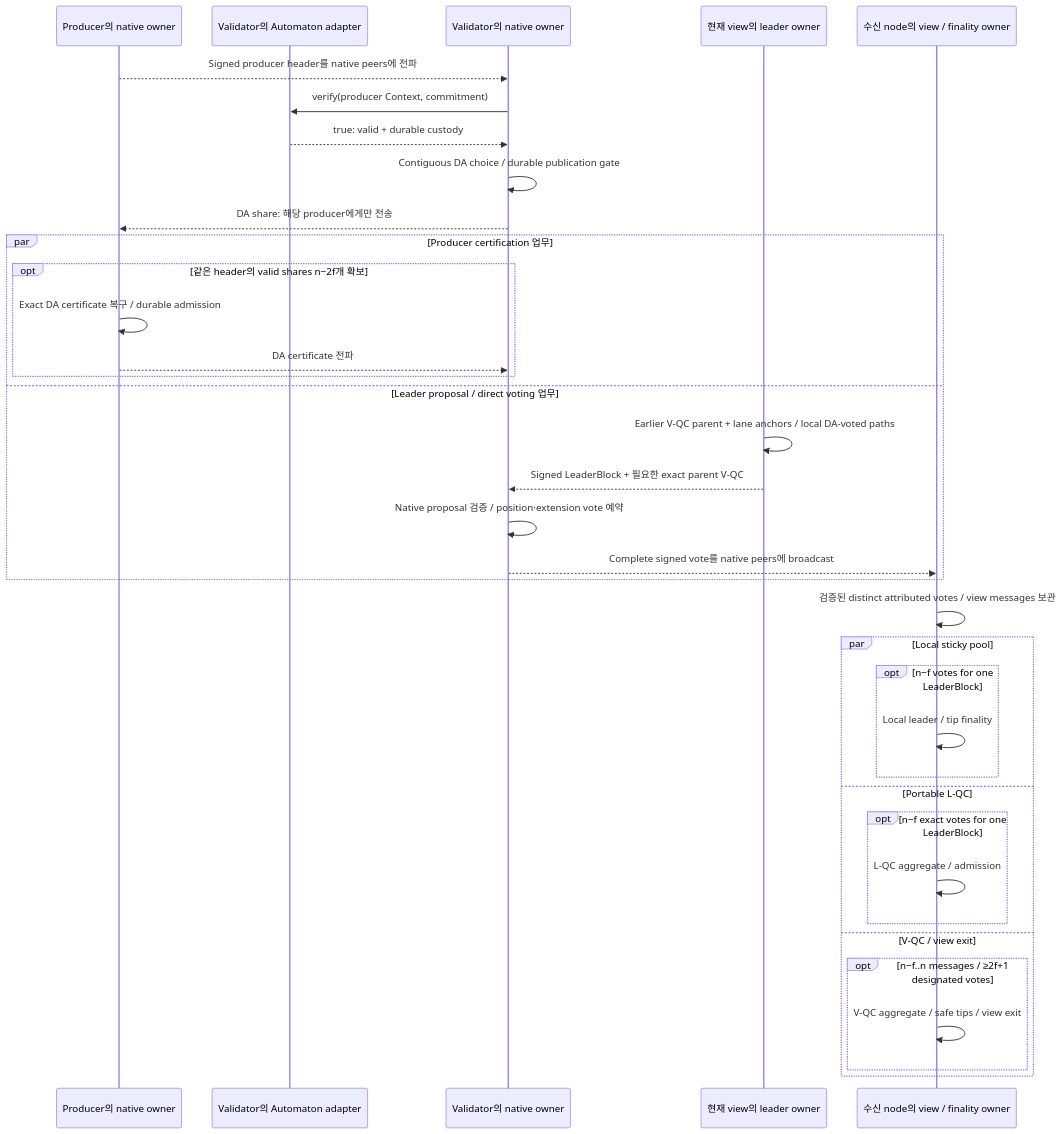
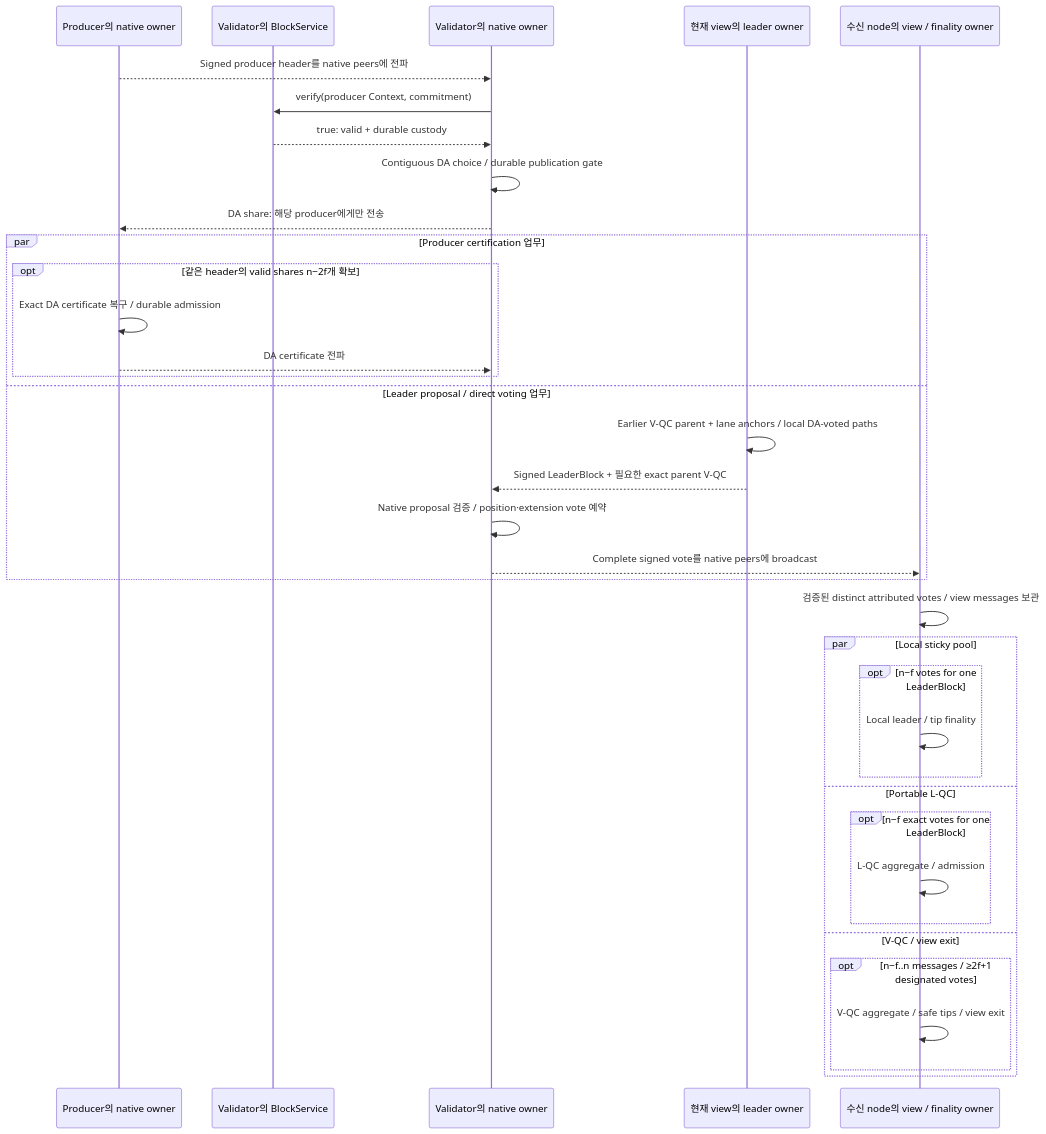
Before and after one commit to djm07073/baton-research: diagram 15 of 18 in IMPLEMENTATION_SPEC.md, drawn with Mermaid. The commit also changed other lines of this file and 51 other files, not shown here.

````diff
--- a/IMPLEMENTATION_SPEC.md
+++ b/IMPLEMENTATION_SPEC.md
@@ -667,38 +703,38 @@
 ```mermaid
 sequenceDiagram
     participant P as Producer의 native owner
-    participant A as Validator의 Automaton adapter
+    participant A as Validator의 BlockService
     participant V as Validator의 native owner
     participant L as 현재 view의 leader owner
     participant F as 수신 node의 view / finality owner
     P-->>V: Signed producer header를 native peers에 전파
     V->>A: verify(producer Context, commitment)
     A-->>V: true: valid + durable custody
     V->>V: Contiguous DA choice / durable publication gate
     V-->>P: DA share: 해당 producer에게만 전송
     par Producer certification 업무
         opt 같은 header의 valid shares n−2f개 확보
             P->>P: Exact DA certificate 복구 / durable admission
             P-->>V: DA certificate 전파
         end
     and Leader proposal / direct voting 업무
         L->>L: Earlier V-QC parent + lane anchors / local DA-voted paths
         L-->>V: Signed LeaderBlock + 필요한 exact parent V-QC
         V->>V: Native proposal 검증 / position·extension vote 예약
         V-->>F: Complete signed vote를 native peers에 broadcast
     end
     F->>F: 검증된 distinct attributed votes / view messages 보관
     par Local sticky pool
         opt n−f votes for one LeaderBlock
             F->>F: Local leader / tip finality
         end
     and Portable L-QC
         opt n−f exact votes for one LeaderBlock
             F->>F: L-QC aggregate / admission
         end
     and V-QC / view exit
         opt n−f..n messages / ≥2f+1 designated votes
             F->>F: V-QC aggregate / safe tips / view exit
         end
     end
 ```
````
